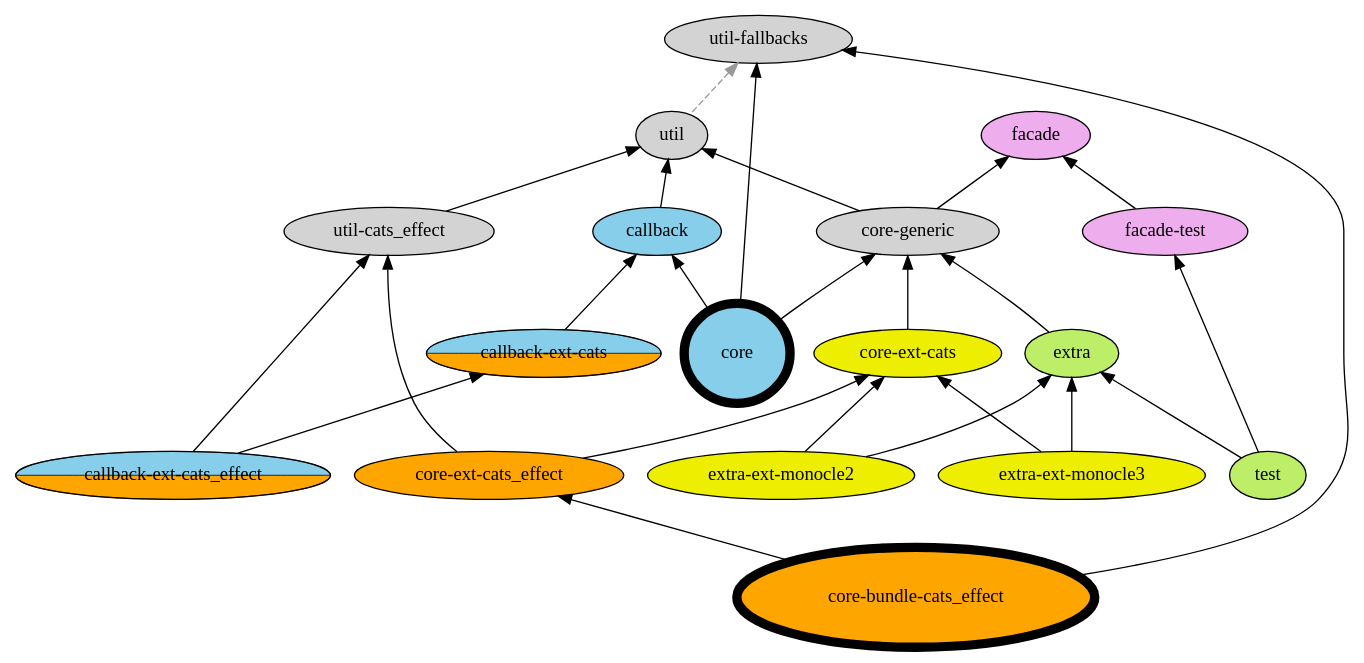
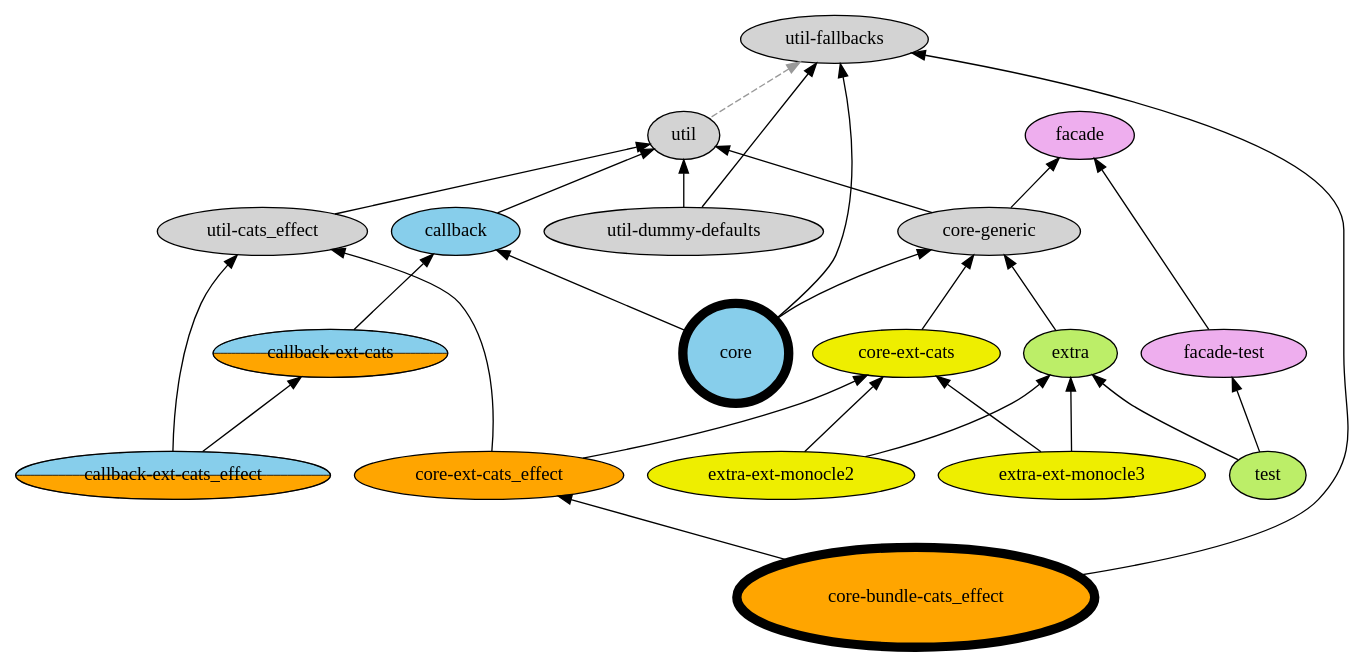
The diagram in doc/modules.gv (japgolly/scalajs-react), drawn with Graphviz before and after one commit. The commit also changed 4 other files, not shown here.

First line of the commit message:
Publish util-dummy-defaults

```diff
--- a/doc/modules.gv
+++ b/doc/modules.gv
@@ -1,49 +1,53 @@
 digraph G {
   edge[dir=back]
 
   node[style=filled] {
     utilCE [label="util-cats_effect"]
+    utilDD [label="util-dummy-defaults"]
     utilFallbacks [label="util-fallbacks"]
     coreGeneric [label="core-generic"]
 
     node[fillcolor=plum2]
     facade
     facadeTest [label="facade-test"]
 
     node[fillcolor=darkolivegreen2]
     extra
     testUtil [label="test"]
 
     node[fillcolor=skyblue]
     callback
     core [style="bold,filled" penwidth=7 label=" \n core \n "]
 
     node[fillcolor=yellow2]
     cats [label="core-ext-cats"]
     monocle2 [label="extra-ext-monocle2"]
     monocle3 [label="extra-ext-monocle3"]
 
     node[fillcolor=orange]
     catsEffect [label="core-ext-cats_effect"]
     coreCE [style="bold,filled" penwidth=7 label=" \n core-bundle-cats_effect \n "]
 
     node[style="rounded,wedged" fillcolor="skyblue:orange"]
     catsC [label="callback-ext-cats"]
     catsEffectC [label="callback-ext-cats_effect"]
   }
 
+  util,utilFallbacks -> utilDD
+  // utilDD -> cats,catsEffect,coreGeneric,extra,monocle2,monocle3,test [style=dashed color="red"]
+
   utilFallbacks -> util [style=dashed color="#999999"]
   util -> utilCE -> catsEffectC,catsEffect
   util -> coreGeneric,callback
   facade -> facadeTest
   callback -> core
   facade -> coreGeneric -> core,extra
   extra,facadeTest -> testUtil
 
   coreGeneric -> cats -> catsEffect
   callback -> catsC
   catsC -> catsEffectC
   cats,extra -> monocle2,monocle3
   catsEffect -> coreCE
   utilFallbacks -> core,coreCE
 }
```
